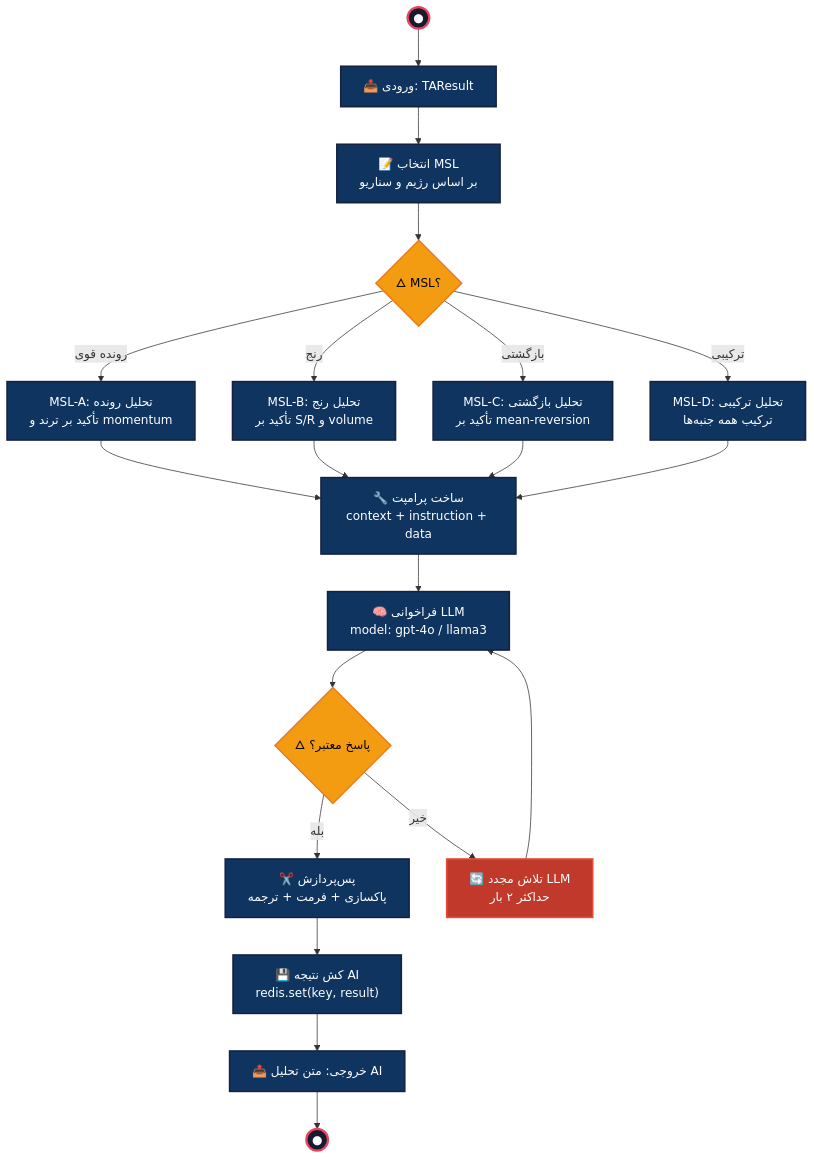
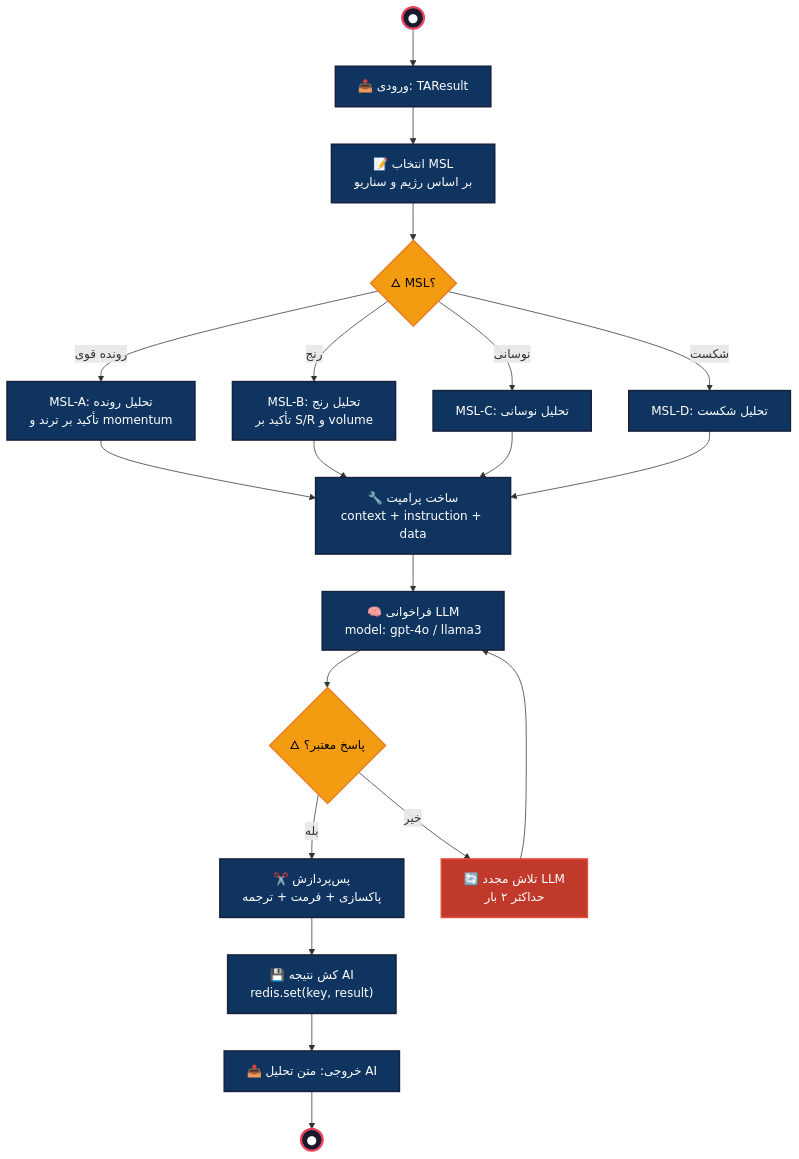
One commit to Shakour-Data/TechnicalAI changed diagram 16 of 56 in DIAGRAM_DOCS.md. Above: the diagram before and after it, drawn with Mermaid. The commit also changed other lines of this file and 23 other files, not shown here.

Commit message:
Update API services, decision graph, and TSE/Yahoo integrations

````diff
--- a/DIAGRAM_DOCS.md
+++ b/DIAGRAM_DOCS.md
@@ -840,31 +840,31 @@
 ```mermaid
 flowchart TB
     START3((●)) --> IN_TAR["📥 ورودی: TAResult"]
     IN_TAR --> SEL_MSL["📝 انتخاب MSL\nبر اساس رژیم و سناریو"]
     SEL_MSL --> MSL_GW3{"🜂 MSL؟"}
     MSL_GW3 -->|رونده قوی| MSLA["MSL-A: تحلیل رونده\nتأکید بر ترند و momentum"]
     MSL_GW3 -->|رنج| MSLB["MSL-B: تحلیل رنج\nتأکید بر S/R و volume"]
-    MSL_GW3 -->|بازگشتی| MSLC["MSL-C: تحلیل بازگشتی\nتأکید بر mean-reversion"]
-    MSL_GW3 -->|ترکیبی| MSLD["MSL-D: تحلیل ترکیبی\nترکیب همه جنبه‌ها"]
+    MSL_GW3 -->|نوسانی| MSLC["MSL-C: تحلیل نوسانی"]
+    MSL_GW3 -->|شکست| MSLD["MSL-D: تحلیل شکست"]
     MSLA --> BUILD_P["🔧 ساخت پرامپت\ncontext + instruction + data"]
     MSLB --> BUILD_P
     MSLC --> BUILD_P
     MSLD --> BUILD_P
     BUILD_P --> CALL_LLM["🧠 فراخوانی LLM\nmodel: gpt-4o / llama3"]
     CALL_LLM --> LLM_OK{"🜂 پاسخ معتبر؟"}
     LLM_OK -->|بله| POST_PROC["✂️ پس‌پردازش\nپاکسازی + فرمت + ترجمه"]
     LLM_OK -->|خیر| RETRY_LLM["🔄 تلاش مجدد LLM\nحداکثر ۲ بار"]
     RETRY_LLM --> CALL_LLM
     POST_PROC --> CACHE_AI["💾 کش نتیجه AI\nredis.set(key, result)"]
     CACHE_AI --> OUT3["📤 خروجی: متن تحلیل AI"]
     OUT3 --> END3((●))
 
     classDef startEnd fill:#1a1a2e,stroke:#e94560,stroke-width:3px,color:#fff
     classDef gateway fill:#f39c12,stroke:#e67e22,stroke-width:2px,color:#000
     classDef task fill:#0f3460,stroke:#16213e,stroke-width:2px,color:#fff
     classDef error fill:#c0392b,stroke:#e74c3c,stroke-width:2px,color:#fff
     class START3,END3 startEnd
     class MSL_GW3,LLM_OK gateway
     class RETRY_LLM error
     class IN_TAR,SEL_MSL,MSLA,MSLB,MSLC,MSLD,BUILD_P,CALL_LLM,POST_PROC,CACHE_AI,OUT3 task
 ```
````
